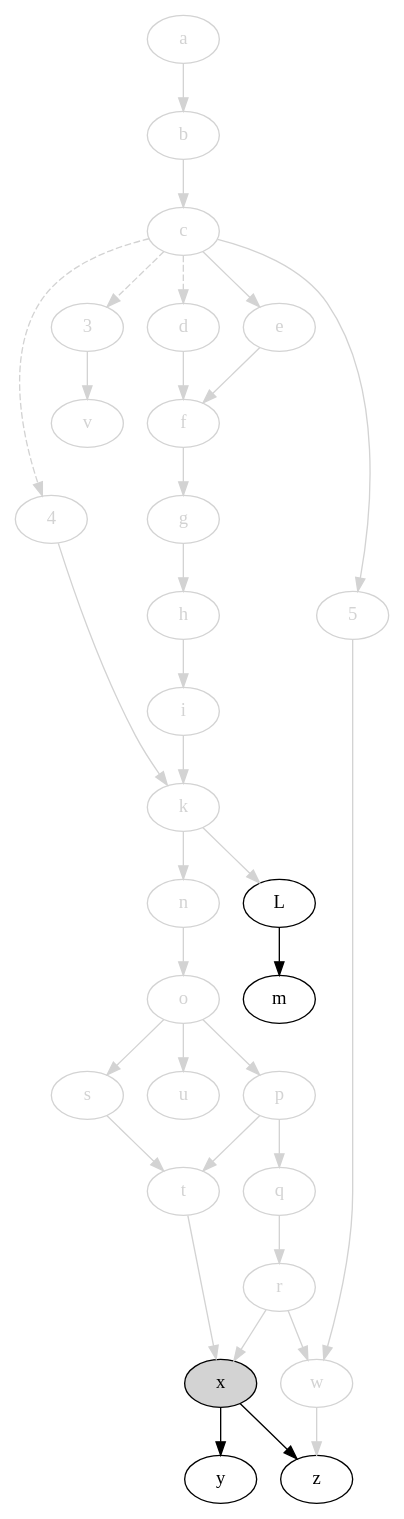
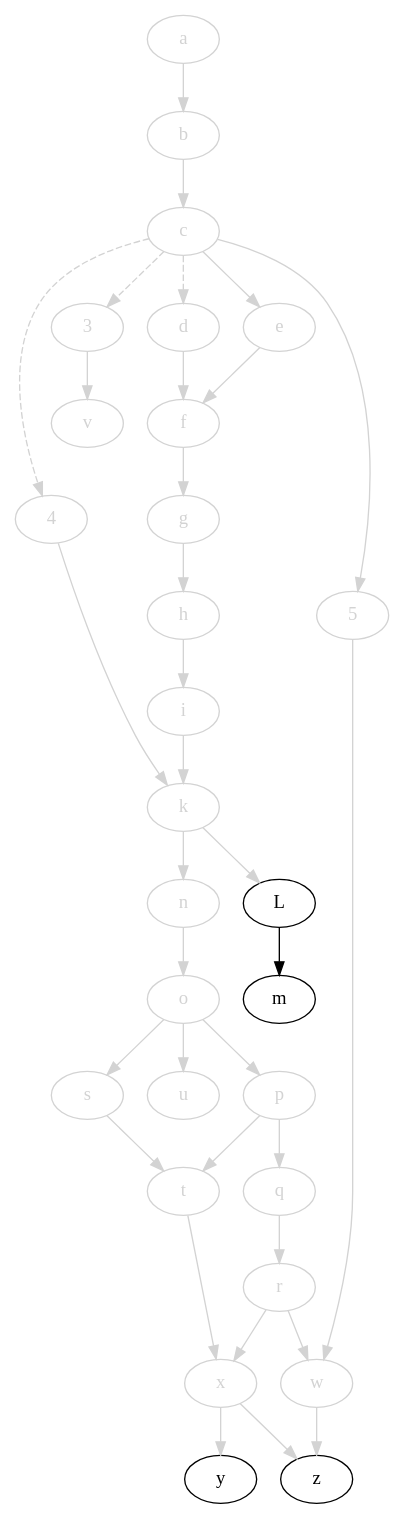
One commit to jdmpapin/svm-startup-deps changed the diagram in svm-startup-deps.dot. Above: the diagram before and after it, drawn with Graphviz. The commit also changed 1 other file, not shown here.

```diff
--- a/svm-startup-deps.dot
+++ b/svm-startup-deps.dot
@@ -1,67 +1,67 @@
 digraph {
     // open: [style=filled,fillcolor=lightgrey]
     // closed: [color=lightgrey,fontcolor=lightgrey]
 
     4 [color=lightgrey,fontcolor=lightgrey];
     3 [color=lightgrey,fontcolor=lightgrey];
     a [color=lightgrey,fontcolor=lightgrey];
     b [color=lightgrey,fontcolor=lightgrey];
     c [color=lightgrey,fontcolor=lightgrey];
     d [color=lightgrey,fontcolor=lightgrey];
     e [color=lightgrey,fontcolor=lightgrey];
     f [color=lightgrey,fontcolor=lightgrey];
     g [color=lightgrey,fontcolor=lightgrey];
     h [color=lightgrey,fontcolor=lightgrey];
     i [color=lightgrey,fontcolor=lightgrey];
     k [color=lightgrey,fontcolor=lightgrey];
     L;
     m;
     5 [color=lightgrey,fontcolor=lightgrey];
     n [color=lightgrey,fontcolor=lightgrey];
     o [color=lightgrey,fontcolor=lightgrey];
     p [color=lightgrey,fontcolor=lightgrey];
     q [color=lightgrey,fontcolor=lightgrey];
     r [color=lightgrey,fontcolor=lightgrey];
     s [color=lightgrey,fontcolor=lightgrey];
     t [color=lightgrey,fontcolor=lightgrey];
     u [color=lightgrey,fontcolor=lightgrey];
     v [color=lightgrey,fontcolor=lightgrey];
     w [color=lightgrey,fontcolor=lightgrey];
-    x [style=filled,fillcolor=lightgrey];
+    x [color=lightgrey,fontcolor=lightgrey];
     y;
     z;
 
     4 -> k [color=lightgrey];
     c -> 4 [style=dashed,color=lightgrey];
     c -> 3 [style=dashed,color=lightgrey];
     c -> d [style=dashed,color=lightgrey];
     3 -> v [color=lightgrey];
     a -> b [color=lightgrey];
     b -> c [color=lightgrey];
     c -> e [color=lightgrey];
     c -> 5 [color=lightgrey];
     d -> f [color=lightgrey];
     e -> f [color=lightgrey];
     f -> g [color=lightgrey];
     g -> h [color=lightgrey];
     h -> i [color=lightgrey];
     i -> k [color=lightgrey];
     k -> L [color=lightgrey];
     L -> m;
     k -> n [color=lightgrey];
     n -> o [color=lightgrey];
     o -> p [color=lightgrey];
     p -> q [color=lightgrey];
     q -> r [color=lightgrey];
     o -> s [color=lightgrey];
     s -> t [color=lightgrey];
     p -> t [color=lightgrey];
     o -> u [color=lightgrey];
     5 -> w [color=lightgrey];
     r -> w [color=lightgrey];
     t -> x [color=lightgrey];
     r -> x [color=lightgrey];
-    x -> y;
-    x -> z;
+    x -> y [color=lightgrey];
+    x -> z [color=lightgrey];
     w -> z [color=lightgrey];
 }
```
